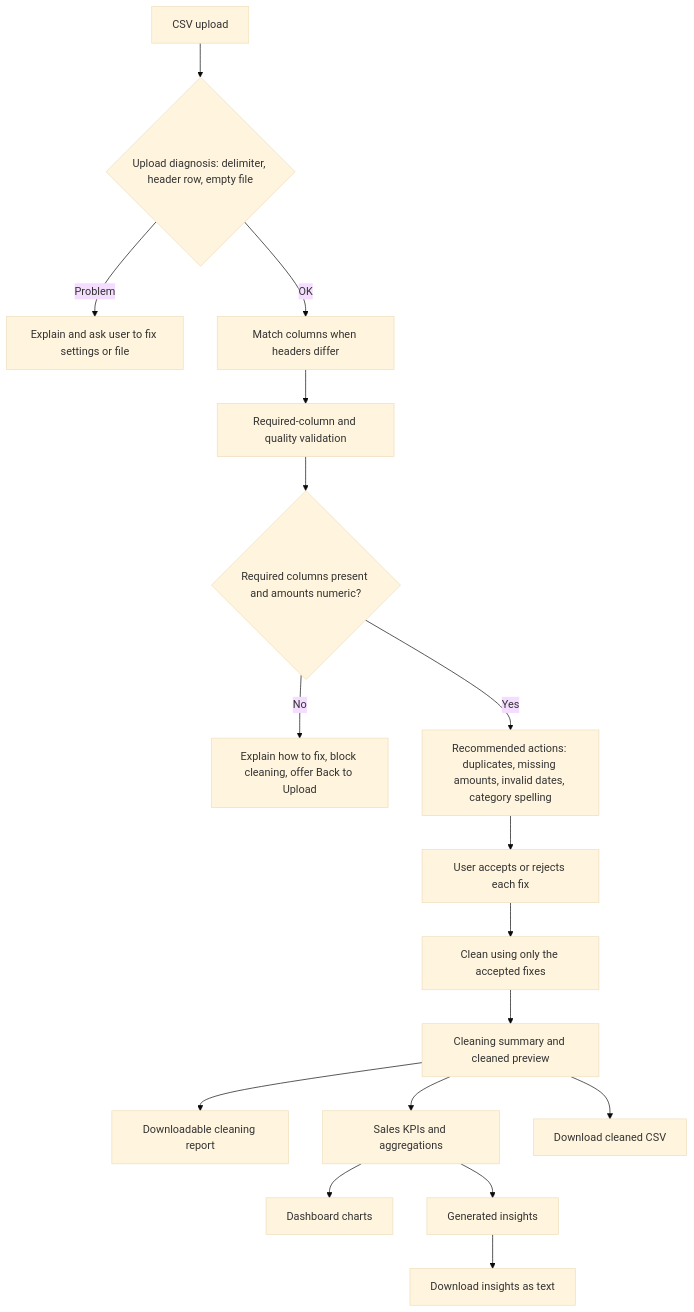
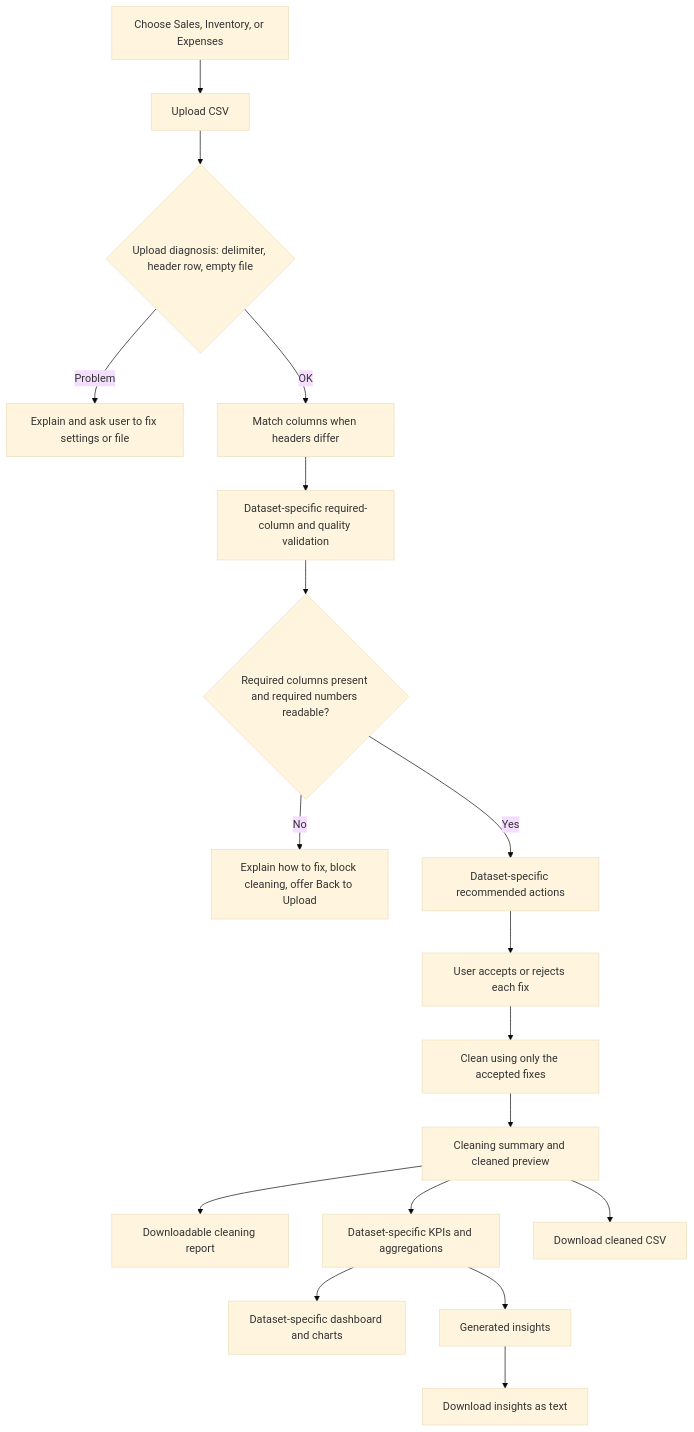
Before and after one commit to clane1/business-intelligence-assistant: the diagram in docs/architecture.md, drawn with Mermaid (base theme). The commit also changed other lines of this file and 31 other files, not shown here.

Commit message:
Complete inventory and expenses workflows

````diff
--- a/docs/architecture.md
+++ b/docs/architecture.md
@@ -11,19 +11,20 @@
 ```mermaid
 flowchart TD
-    A[CSV upload] --> A2{Upload diagnosis: delimiter, header row, empty file}
-    A2 -- Problem --> A3[Explain and ask user to fix settings or file]
-    A2 -- OK --> M[Match columns when headers differ]
-    M --> B[Required-column and quality validation]
-    B --> C{Required columns present and amounts numeric?}
-    C -- No --> D[Explain how to fix, block cleaning, offer Back to Upload]
-    C -- Yes --> R[Recommended actions: duplicates, missing amounts, invalid dates, category spelling]
-    R --> U[User accepts or rejects each fix]
-    U --> E[Clean using only the accepted fixes]
-    E --> F[Cleaning summary and cleaned preview]
-    F --> P[Downloadable cleaning report]
-    F --> G[Sales KPIs and aggregations]
-    G --> H[Dashboard charts]
-    G --> I[Generated insights]
-    F --> J[Download cleaned CSV]
-    I --> K[Download insights as text]
+    A[Choose Sales, Inventory, or Expenses] --> B[Upload CSV]
+    B --> C{Upload diagnosis: delimiter, header row, empty file}
+    C -- Problem --> D[Explain and ask user to fix settings or file]
+    C -- OK --> E[Match columns when headers differ]
+    E --> F[Dataset-specific required-column and quality validation]
+    F --> G{Required columns present and required numbers readable?}
+    G -- No --> H[Explain how to fix, block cleaning, offer Back to Upload]
+    G -- Yes --> I[Dataset-specific recommended actions]
+    I --> J[User accepts or rejects each fix]
+    J --> K[Clean using only the accepted fixes]
+    K --> L[Cleaning summary and cleaned preview]
+    L --> M[Downloadable cleaning report]
+    L --> N[Dataset-specific KPIs and aggregations]
+    N --> O[Dataset-specific dashboard and charts]
+    N --> P[Generated insights]
+    L --> Q[Download cleaned CSV]
+    P --> R[Download insights as text]
 ```
````
